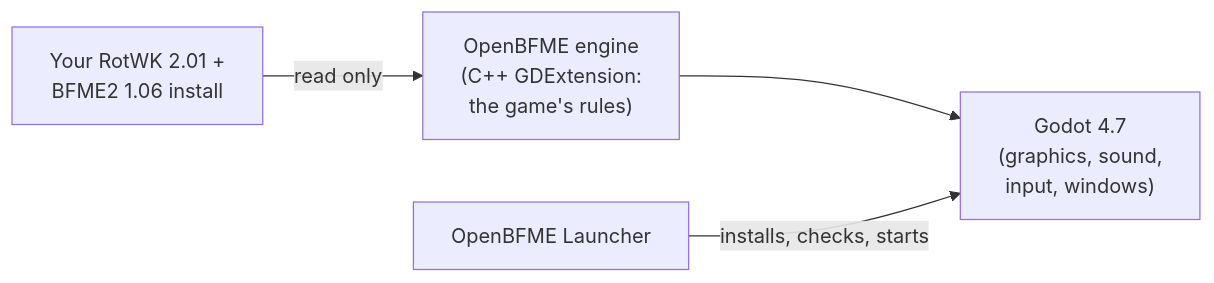
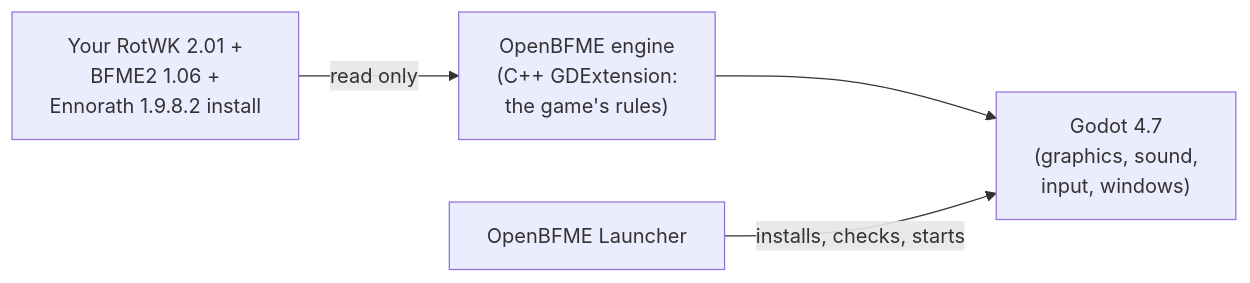
One commit to Gleb302596555/openbfme-godot changed the diagram in README.md. Above: the diagram before and after it, drawn with Mermaid. The commit also changed other lines of this file, not shown here.

````diff
--- a/README.md
+++ b/README.md
@@ -38,6 +108,6 @@
 ```mermaid
 flowchart LR
-    A["Your RotWK 2.01 +<br/>BFME2 1.06 install"] -->|read only| B["OpenBFME engine<br/>(C++ GDExtension:<br/>the game's rules)"]
+    A["Your RotWK 2.01 +<br/>BFME2 1.06 +<br/>Ennorath 1.9.8.2 install"] -->|read only| B["OpenBFME engine<br/>(C++ GDExtension:<br/>the game's rules)"]
     B --> C["Godot 4.7<br/>(graphics, sound,<br/>input, windows)"]
     L["OpenBFME Launcher"] -->|installs, checks, starts| C
 ```
````
